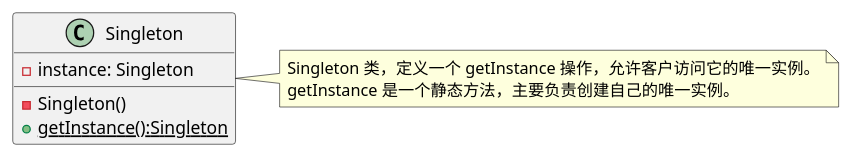
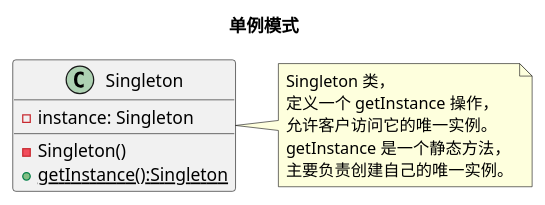
The diagram in puml/singleton.puml (diguage/deep-in-design-patterns), drawn with PlantUML before and after one commit. The commit also changed 24 other files, not shown here.

```diff
--- a/puml/singleton.puml
+++ b/puml/singleton.puml
@@ -1,10 +1,12 @@
 @startuml
+
+title 单例模式
 
 class Singleton {
   - instance: Singleton
   - Singleton()
   + {static} getInstance():Singleton
 }
-note right: Singleton 类，定义一个 getInstance 操作，允许客户访问它的唯一实例。\ngetInstance 是一个静态方法，主要负责创建自己的唯一实例。
+note right: Singleton 类，\n定义一个 getInstance 操作，\n允许客户访问它的唯一实例。\ngetInstance 是一个静态方法，\n主要负责创建自己的唯一实例。
 
 @enduml
```
